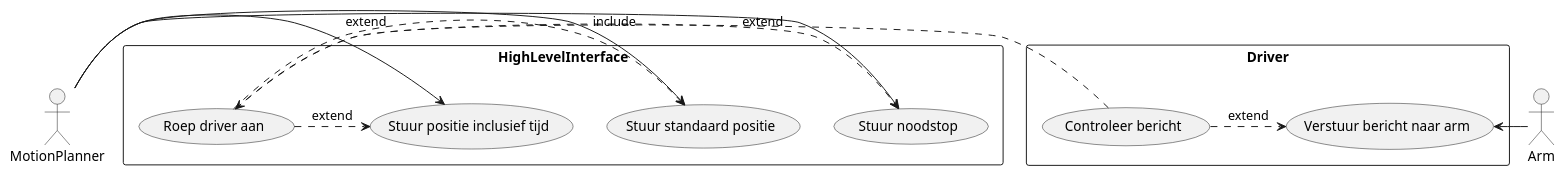
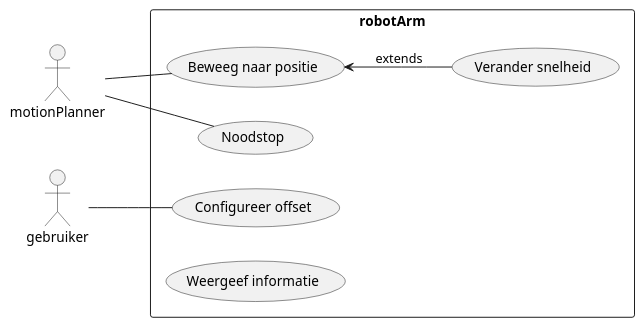
One commit to JochemGrootherder1/WorWorld changed the diagram in documentation/usecaseDiagramSubsystems.plantuml. Above: the diagram before and after it, drawn with PlantUML. The commit also changed 1 other file, not shown here.

Commit message:
diagrammen update

```diff
--- a/documentation/usecaseDiagramSubsystems.plantuml
+++ b/documentation/usecaseDiagramSubsystems.plantuml
@@ -1,22 +1,19 @@
 @startuml
-top to bottom direction
+left to right direction
 
-Actor MotionPlanner
-Actor Arm
+Actor motionPlanner
+Actor gebruiker
 
-rectangle HighLevelInterface {
-    MotionPlanner -> (Stuur noodstop)
-    MotionPlanner -> (Stuur standaard positie)
-    MotionPlanner -> (Stuur positie inclusief tijd)
-    (Roep driver aan) .-right-> (Stuur positie inclusief tijd) : extend
-    (Roep driver aan) .-right-> (Stuur noodstop) : extend
-    (Roep driver aan) .-right-> (Stuur standaard positie) : extend
+rectangle robotArm{
+    (Configureer offset)
+    (Beweeg naar positie)
+    (Verander snelheid)
+    (Noodstop)
+    (Weergeef informatie)
 }
 
-rectangle Driver {
-    Arm -left-> (Verstuur bericht naar arm)
-    (Controleer bericht) .> (Roep driver aan) : include
-    (Controleer bericht) .> (Verstuur bericht naar arm) : extend
-}
-
+gebruiker -- (Configureer offset)
+motionPlanner -- (Beweeg naar positie)
+(Beweeg naar positie) <--(Verander snelheid) : extends
+motionPlanner -- (Noodstop)
 @enduml
```
